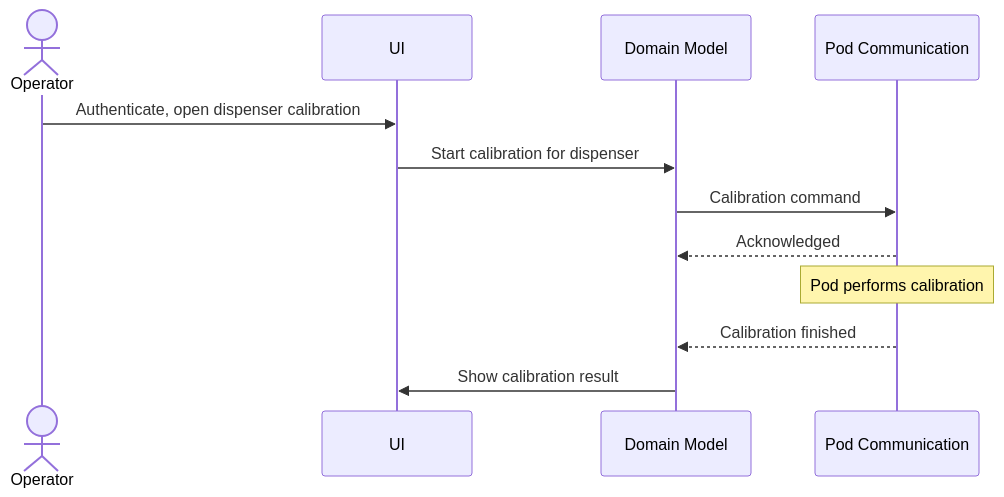
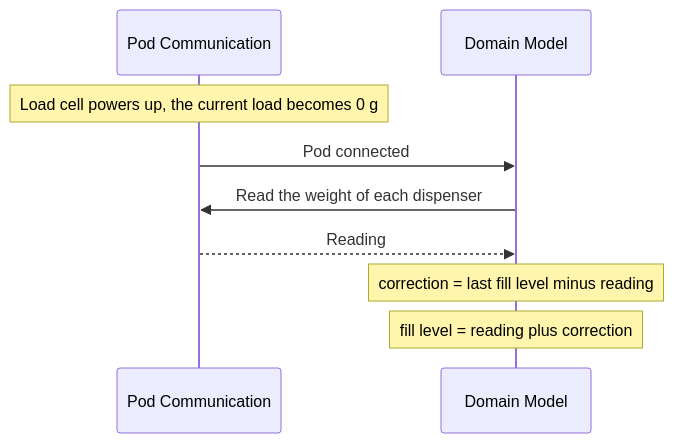
Before and after one commit to mathisloge/cocktail-maker: the fifth of 5 diagrams in docs/station/modules/ROOT/pages/runtime-view.adoc, drawn with Mermaid. The commit also changed other lines of this file and 11 other files, not shown here.

Commit message:
docs: describe protocol 2.0.0, calibration and the fill level

```diff
--- a/docs/station/modules/ROOT/pages/runtime-view.adoc
+++ b/docs/station/modules/ROOT/pages/runtime-view.adoc
@@ -60,16 +202,13 @@
-[mermaid, target="runtime-operator-calibrates", format="svg"]
+[mermaid, target="runtime-pod-power-loss", format="svg"]
 ....
 sequenceDiagram
-    actor Operator
-    participant UI
+    participant PodComm as Pod Communication
     participant Domain as Domain Model
-    participant PodComm as Pod Communication
 
-    Operator->>UI: Authenticate, open dispenser calibration
-    UI->>Domain: Start calibration for dispenser
-    Domain->>PodComm: Calibration command
-    PodComm-->>Domain: Acknowledged
-    Note over PodComm: Pod performs calibration
-    PodComm-->>Domain: Calibration finished
-    Domain->>UI: Show calibration result
+    Note over PodComm: Load cell powers up, the current load becomes 0 g
+    PodComm->>Domain: Pod connected
+    Domain->>PodComm: Read the weight of each dispenser
+    PodComm-->>Domain: Reading
+    Note over Domain: correction = last fill level minus reading
+    Note over Domain: fill level = reading plus correction
 ....
```
